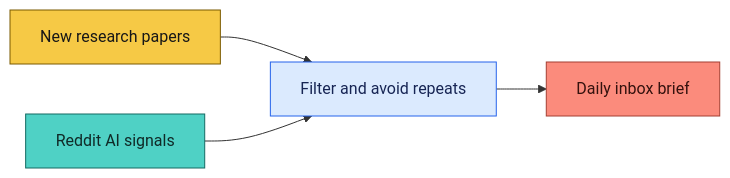
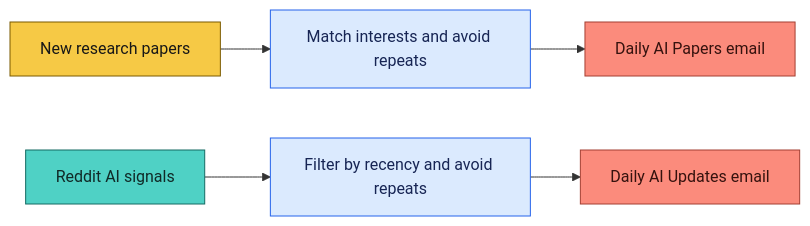
Before and after one commit to vipulgupta1011/daily-research-automations: the diagram in README.md, drawn with Mermaid. The commit also changed other lines of this file, not shown here.

Commit message:
Clarify independent automation workflows

````diff
--- a/README.md
+++ b/README.md
@@ -5,16 +5,17 @@
 ```mermaid
 flowchart LR
-    P[New research papers] --> F[Filter and avoid repeats]
-    R[Reddit AI signals] --> F
-    F --> B[Daily inbox brief]
+    P[New research papers] --> PF[Match interests and avoid repeats]
+    PF --> PE[Daily AI Papers email]
+    R[Reddit AI signals] --> RF[Filter by recency and avoid repeats]
+    RF --> RE[Daily AI Updates email]
 
     classDef papers fill:#f6c945,stroke:#7a5a00,color:#171717
     classDef signals fill:#4fd1c5,stroke:#146b63,color:#102a27
     classDef filter fill:#dbeafe,stroke:#2563eb,color:#172554
-    classDef brief fill:#fb8b7c,stroke:#a43f32,color:#35120e
+    classDef email fill:#fb8b7c,stroke:#a43f32,color:#35120e
 
     class P papers
     class R signals
-    class F filter
-    class B brief
+    class PF,RF filter
+    class PE,RE email
 ```
````
